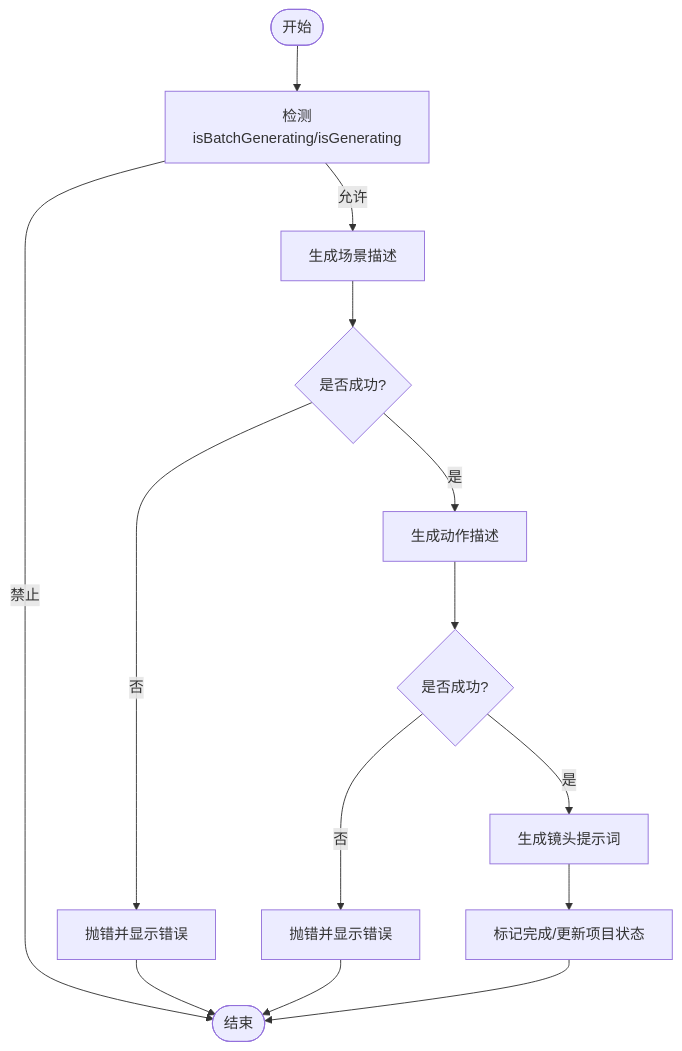
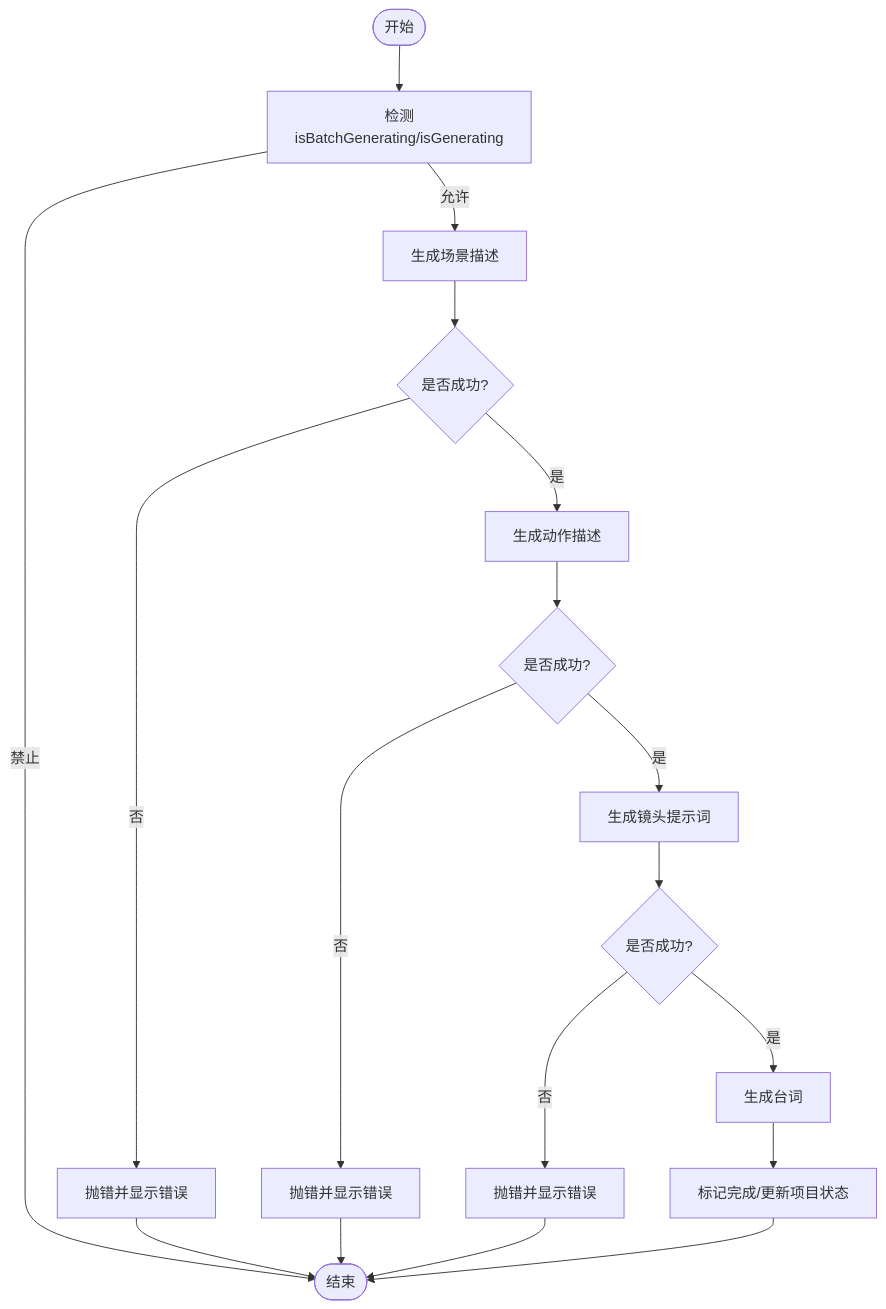
The third of 4 diagrams in .qoder/repowiki/zh/content/技术架构/组件架构/核心组件/编辑器工作流/分镜细化.md (leonaiuv/aixsss), drawn with Mermaid before and after one commit. The commit also changed other lines of this file and 5 other files, not shown here.

````diff
--- a/.qoder/repowiki/zh/content/技术架构/组件架构/核心组件/编辑器工作流/分镜细化.md
+++ b/.qoder/repowiki/zh/content/技术架构/组件架构/核心组件/编辑器工作流/分镜细化.md
@@ -169,14 +183,17 @@
 ```mermaid
 flowchart TD
 Start(["开始"]) --> CheckBatch["检测isBatchGenerating/isGenerating"]
 CheckBatch --> |禁止| End(["结束"])
 CheckBatch --> |允许| Stage1["生成场景描述"]
 Stage1 --> Check1{"是否成功?"}
 Check1 --> |否| Error1["抛错并显示错误"] --> End
 Check1 --> |是| Stage2["生成动作描述"]
 Stage2 --> Check2{"是否成功?"}
 Check2 --> |否| Error2["抛错并显示错误"] --> End
 Check2 --> |是| Stage3["生成镜头提示词"]
-Stage3 --> Done["标记完成/更新项目状态"]
+Stage3 --> Check3{"是否成功?"}
+Check3 --> |否| Error3["抛错并显示错误"] --> End
+Check3 --> |是| Stage4["生成台词"]
+Stage4 --> Done["标记完成/更新项目状态"]
 Done --> End
 ```
````
